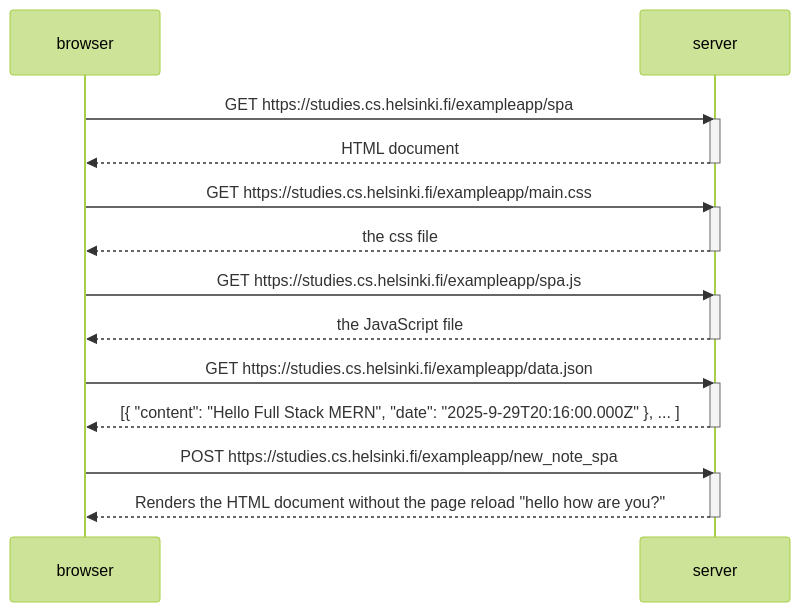
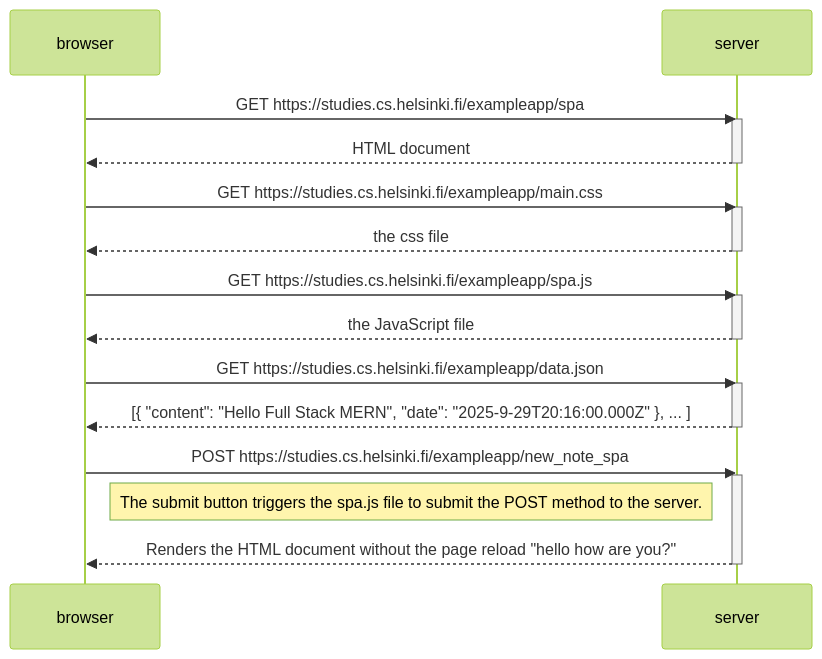
The diagram in Part0/Exercise0_6.md (RoBizMan/full-stack-open-exercises), drawn with Mermaid (forest theme) before and after one commit. The commit also changed 1 other file, not shown here.

Commit message:
Complete Exercise 0.4 and update Exercise 0.6 to add comment

````diff
--- a/Part0/Exercise0_6.md
+++ b/Part0/Exercise0_6.md
@@ -1,30 +1,31 @@
 ```mermaid
     sequenceDiagram
         participant browser
         participant server
 
         browser->>server: GET https://studies.cs.helsinki.fi/exampleapp/spa
         activate server
         server-->>browser: HTML document
         deactivate server
 
         browser->>server: GET https://studies.cs.helsinki.fi/exampleapp/main.css
         activate server
         server-->>browser: the css file
         deactivate server
 
         browser->>server: GET https://studies.cs.helsinki.fi/exampleapp/spa.js
         activate server
         server-->>browser: the JavaScript file
         deactivate server
 
         browser->>server: GET https://studies.cs.helsinki.fi/exampleapp/data.json
         activate server
         server-->>browser: [{ "content": "Hello Full Stack MERN", "date": "2025-9-29T20:16:00.000Z" }, ... ]
         deactivate server
 
         browser->>server: POST https://studies.cs.helsinki.fi/exampleapp/new_note_spa
         activate server
+        Note right of browser: The submit button triggers the spa.js file to submit the POST method to the server.
         server-->>browser: Renders the HTML document without the page reload "hello how are you?"
         deactivate server
 ```
````
